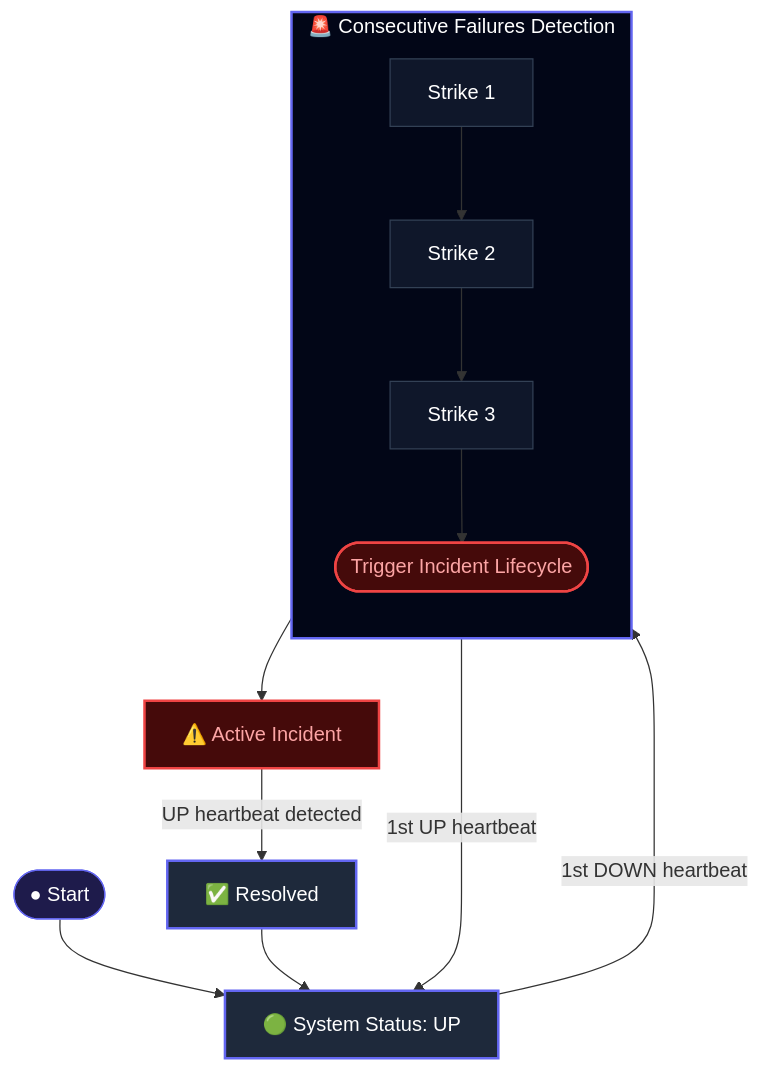
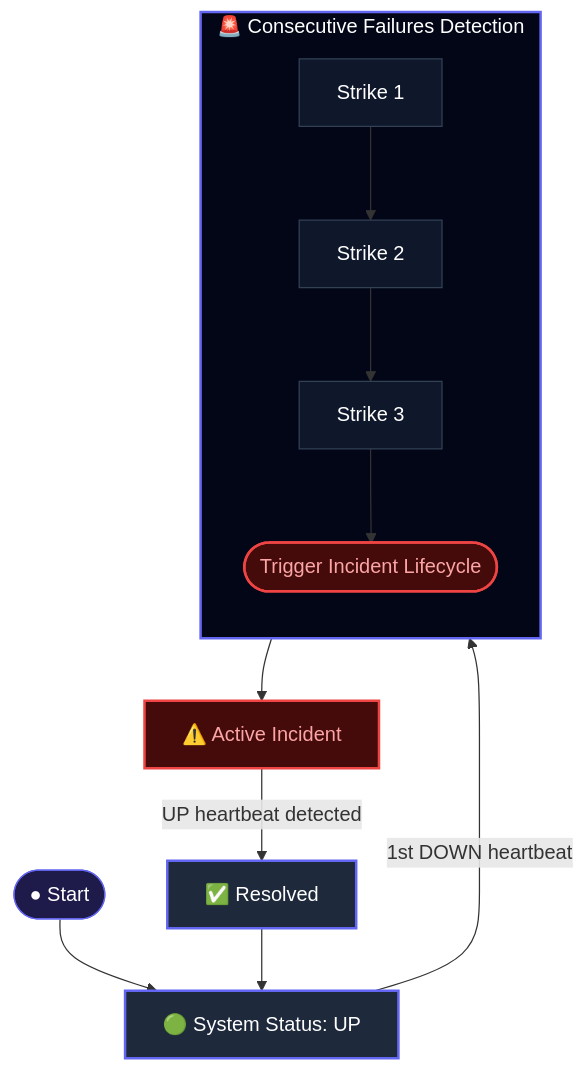
Before and after one commit to Vishwas2607/pulse-check-mern: the third of 3 diagrams in README.md, drawn with Mermaid.

````diff
--- a/README.md
+++ b/README.md
@@ -113,26 +113,25 @@
 ```mermaid
 flowchart TD
     %% Styling Classes for Slate & Indigo Theme
     classDef default fill:#0f172a,stroke:#334155,stroke-width:1px,color:#ffffff;
     classDef startEnd fill:#1e1b4b,stroke:#6366f1,stroke-width:1px,color:#ffffff;
     classDef highlight fill:#1e293b,stroke:#6366f1,stroke-width:2px,color:#ffffff;
     classDef alert fill:#450a0a,stroke:#ef4444,stroke-width:2px,color:#fca5a5;
 
     Start([● Start]):::startEnd --> UP[🟢 System Status: UP]:::highlight
     
     UP -->|1st DOWN heartbeat| DOWN_Box
-    DOWN_Box -->|1st UP heartbeat| UP
     
     subgraph DOWN_Box [🚨 Consecutive Failures Detection]
         direction TB
         Strike1[Strike 1]:::default --> Strike2[Strike 2]:::default
         Strike2 --> Strike3[Strike 3]:::default
         Strike3 --> Trigger([Trigger Incident Lifecycle]):::alert
     end
     style DOWN_Box fill:#020617,stroke:#6366f1,stroke-width:2px,color:#ffffff;
 
     Trigger --> ActiveIncident[⚠️ Active Incident]:::alert
     ActiveIncident -->|UP heartbeat detected| Resolved[✅ Resolved]:::highlight
     Resolved --> UP
 
 ```
````
